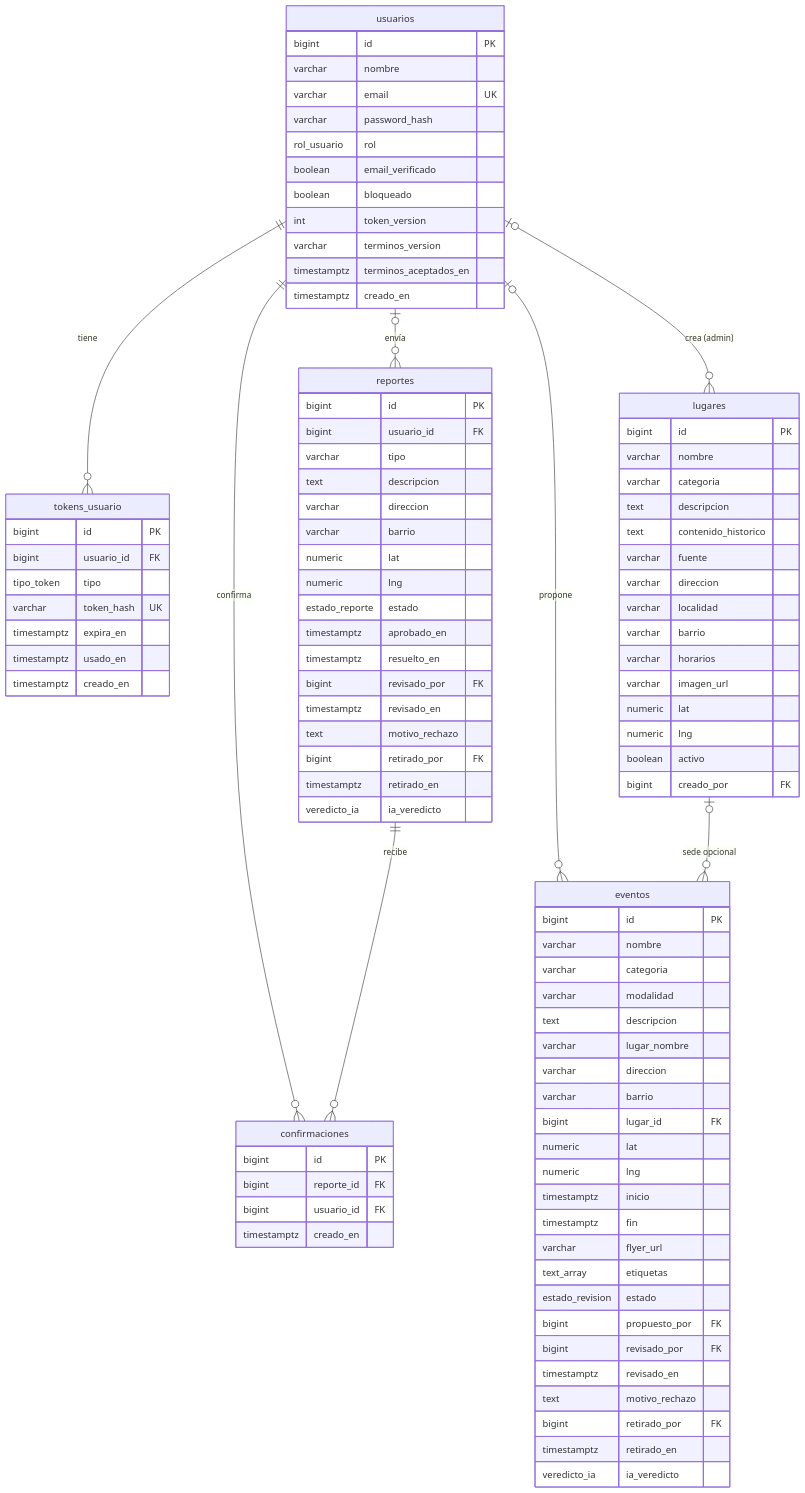
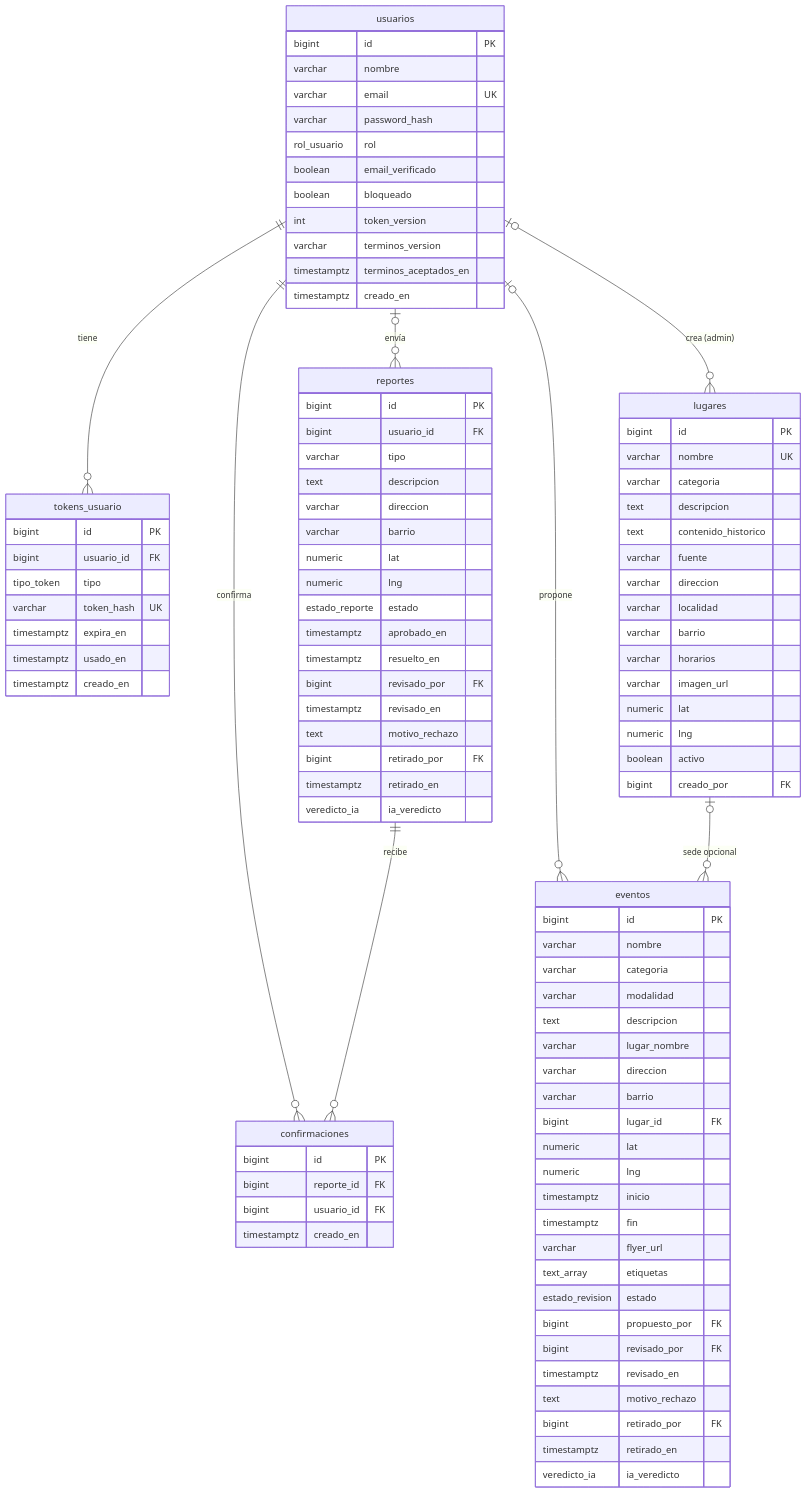
Before and after one commit to Fumacio/TucuMaps2: the first of 5 diagrams in docs/Modelo de datos TucuMaps.md, drawn with Mermaid. The commit also changed 8 other files, not shown here.

```diff
--- a/docs/Modelo de datos TucuMaps.md
+++ b/docs/Modelo de datos TucuMaps.md
@@ -56,7 +56,7 @@
     }
     lugares {
         bigint id PK
-        varchar nombre
+        varchar nombre UK
         varchar categoria
         text descripcion
         text contenido_historico
```
